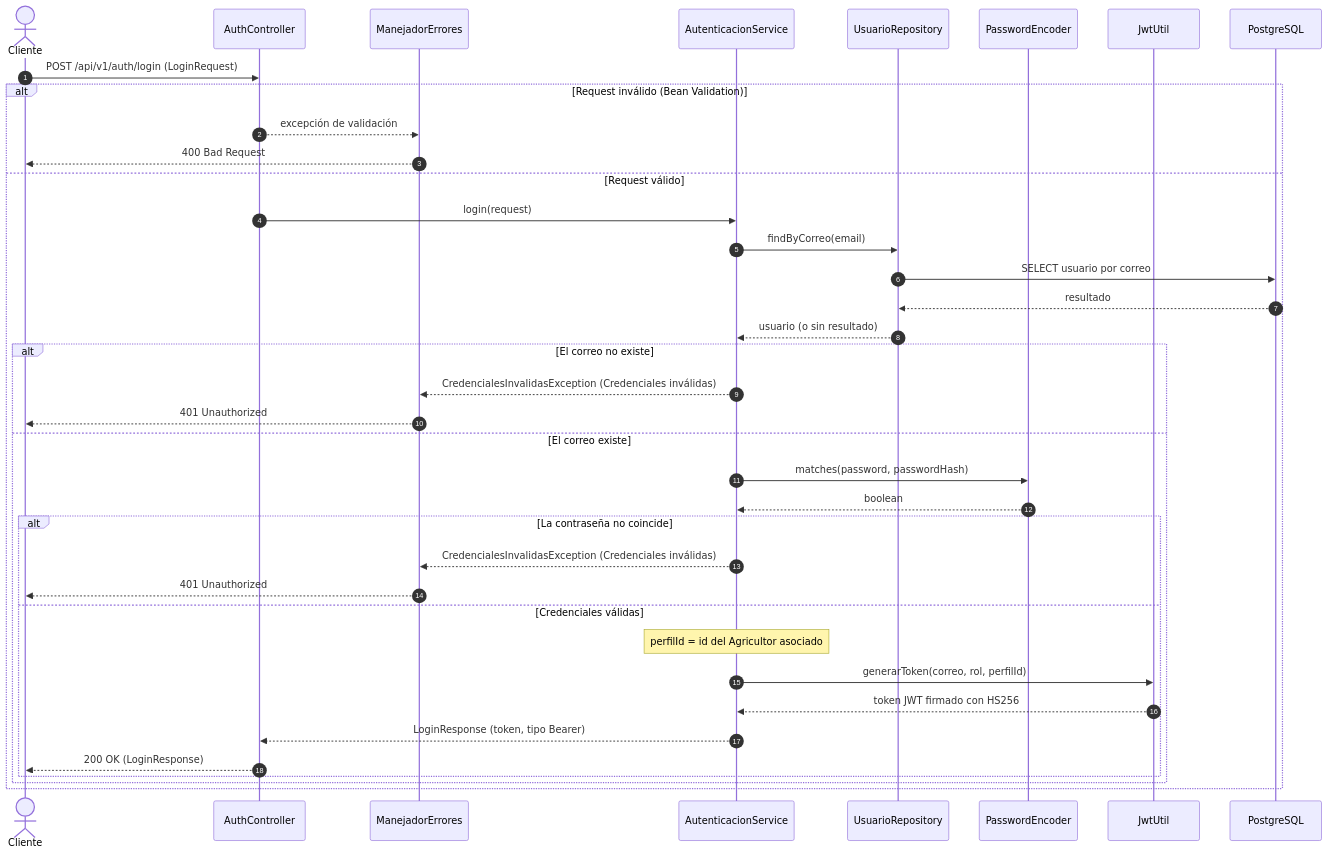
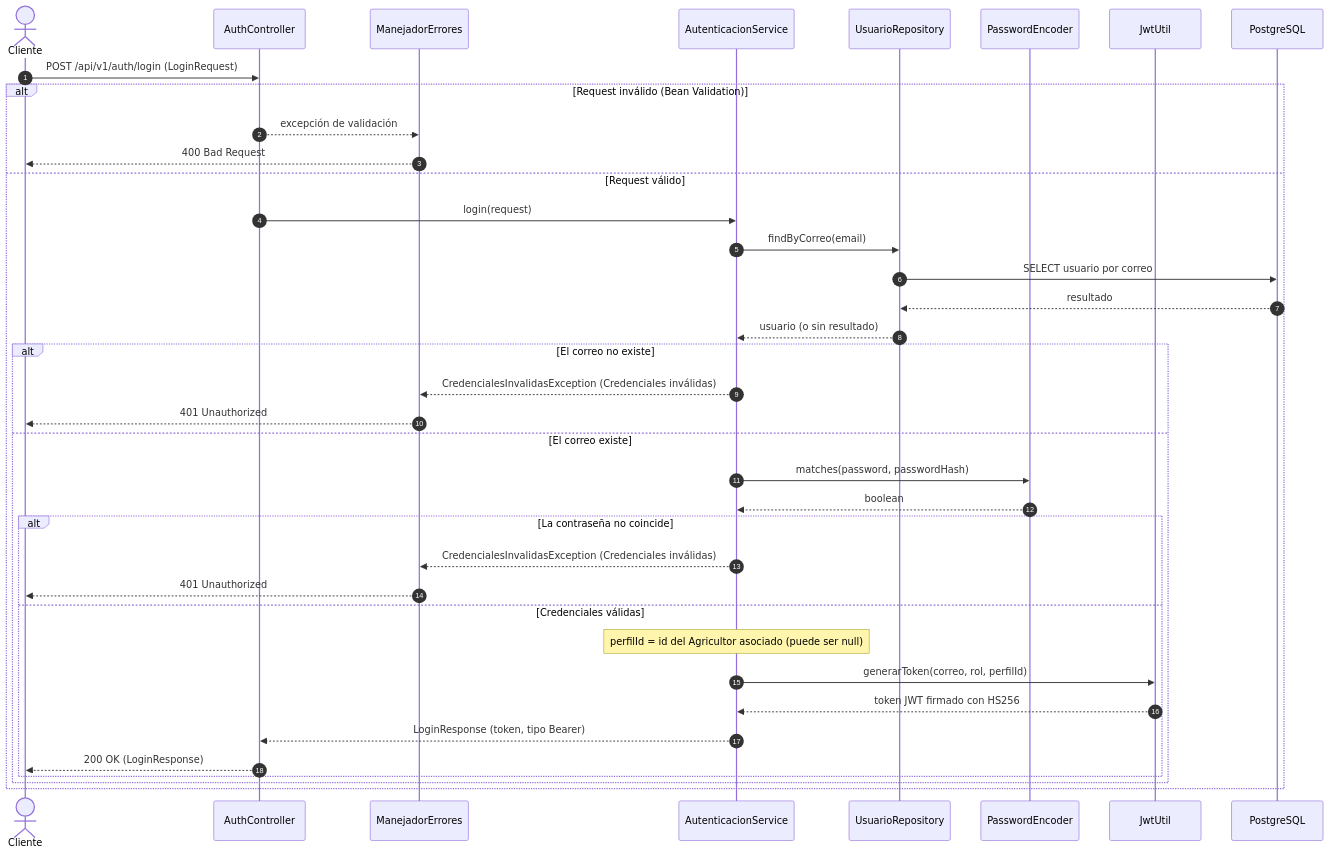
One commit to Angel-uniajc/AgrovalleConnect changed the second of 3 diagrams in docs/diseno/diagrama-secuencia.md. Above: the diagram before and after it, drawn with Mermaid. The commit also changed other lines of this file, not shown here.

Commit message:
Se actualizo el diagrama

````diff
--- a/docs/diseno/diagrama-secuencia.md
+++ b/docs/diseno/diagrama-secuencia.md
@@ -147,42 +154,41 @@
 ```mermaid
 sequenceDiagram
     autonumber
     actor Cliente
     participant C as AuthController
     participant E as ManejadorErrores
     participant A as AutenticacionService
     participant UR as UsuarioRepository
     participant PE as PasswordEncoder
     participant J as JwtUtil
     participant DB as PostgreSQL
 
     Cliente->>C: POST /api/v1/auth/login (LoginRequest)
     alt Request inválido (Bean Validation)
         C-->>E: excepción de validación
         E-->>Cliente: 400 Bad Request
     else Request válido
         C->>A: login(request)
         A->>UR: findByCorreo(email)
         UR->>DB: SELECT usuario por correo
         DB-->>UR: resultado
         UR-->>A: usuario (o sin resultado)
         alt El correo no existe
             A-->>E: CredencialesInvalidasException (Credenciales inválidas)
             E-->>Cliente: 401 Unauthorized
         else El correo existe
             A->>PE: matches(password, passwordHash)
             PE-->>A: boolean
             alt La contraseña no coincide
                 A-->>E: CredencialesInvalidasException (Credenciales inválidas)
                 E-->>Cliente: 401 Unauthorized
             else Credenciales válidas
-                Note over A: perfilId = id del Agricultor asociado
+                Note over A: perfilId = id del Agricultor asociado (puede ser null)
                 A->>J: generarToken(correo, rol, perfilId)
                 J-->>A: token JWT firmado con HS256
                 A-->>C: LoginResponse (token, tipo Bearer)
                 C-->>Cliente: 200 OK (LoginResponse)
             end
         end
     end
-
 ```
````
